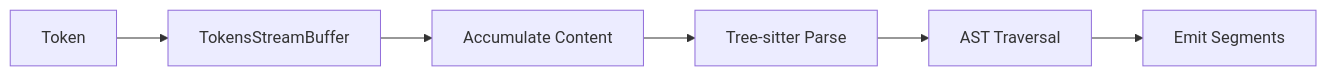
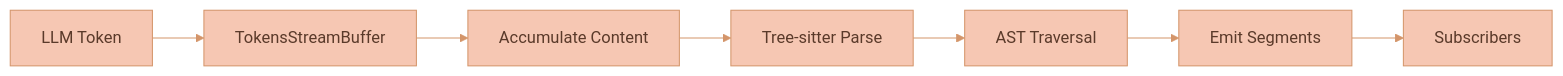
Before and after one commit to fructusmortus/markdown-stream-parser: the first of 4 diagrams in README.md, drawn with Mermaid. The commit also changed other lines of this file and 10 other files, not shown here.

Commit message:
Documentation update with mermaid diagrams, multi-line jsdoc style comments changed to double slash comments, trailing semicooooooooooooooolons removed

````diff
--- a/README.md
+++ b/README.md
@@ -280,8 +280,10 @@
 ```mermaid
+%%{init: {'theme': 'base', 'themeVariables': { 'primaryColor': '#F6C7B3', 'primaryTextColor': '#5a3a2a', 'primaryBorderColor': '#d4956a', 'secondaryColor': '#C3DEDD', 'secondaryTextColor': '#1a3a47', 'secondaryBorderColor': '#4a8a9d', 'tertiaryColor': '#DCECE9', 'tertiaryTextColor': '#1a3a47', 'tertiaryBorderColor': '#82B2C0', 'lineColor': '#d4956a', 'textColor': '#5a3a2a'}}}%%
 flowchart LR
-    A[Token] --> B[TokensStreamBuffer]
+    A[LLM Token] --> B[TokensStreamBuffer]
     B --> C[Accumulate Content]
     C --> D[Tree-sitter Parse]
     D --> E[AST Traversal]
     E --> F[Emit Segments]
+    F --> G[Subscribers]
 ```
````
